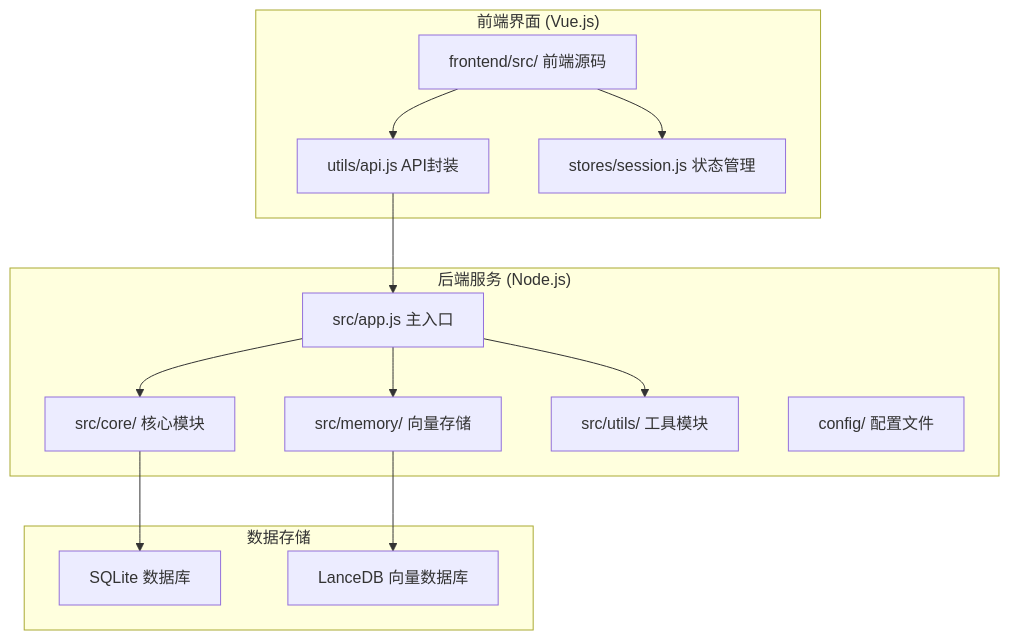
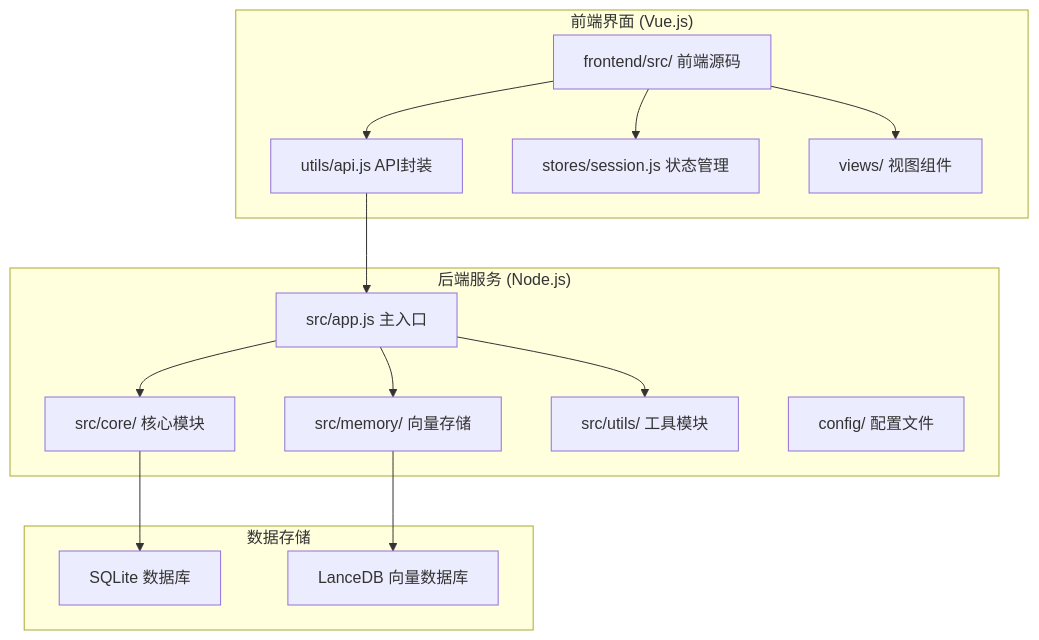
Before and after one commit to HanHuiOnLine/724-office: the first of 10 diagrams in .qoder/repowiki/zh/content/API参考/NL2SQL API参考.md, drawn with Mermaid. The commit also changed other lines of this file and 13 other files, not shown here.

````diff
--- a/.qoder/repowiki/zh/content/API参考/NL2SQL API参考.md
+++ b/.qoder/repowiki/zh/content/API参考/NL2SQL API参考.md
@@ -52,27 +55,29 @@
 ```mermaid
 graph TB
 subgraph "后端服务 (Node.js)"
 A[src/app.js 主入口]
 B[src/core/ 核心模块]
 C[src/memory/ 向量存储]
 D[src/utils/ 工具模块]
 E[config/ 配置文件]
 end
 subgraph "前端界面 (Vue.js)"
 F[frontend/src/ 前端源码]
 G[utils/api.js API封装]
 H[stores/session.js 状态管理]
+I[views/ 视图组件]
 end
 subgraph "数据存储"
-I[SQLite 数据库]
-J[LanceDB 向量数据库]
+J[SQLite 数据库]
+K[LanceDB 向量数据库]
 end
 A --> B
 A --> C
 A --> D
-B --> I
-C --> J
+B --> J
+C --> K
 F --> G
 F --> H
+F --> I
 G --> A
 ```
````
